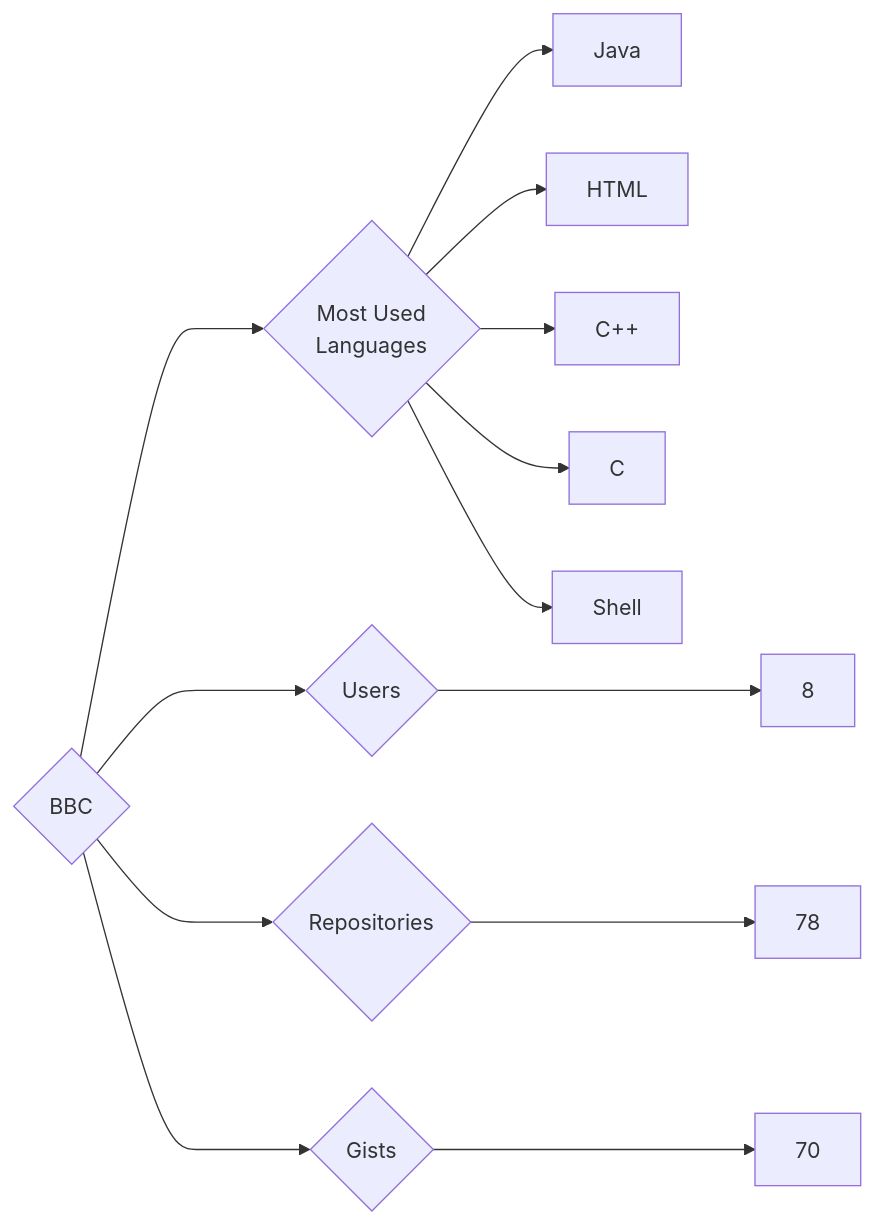
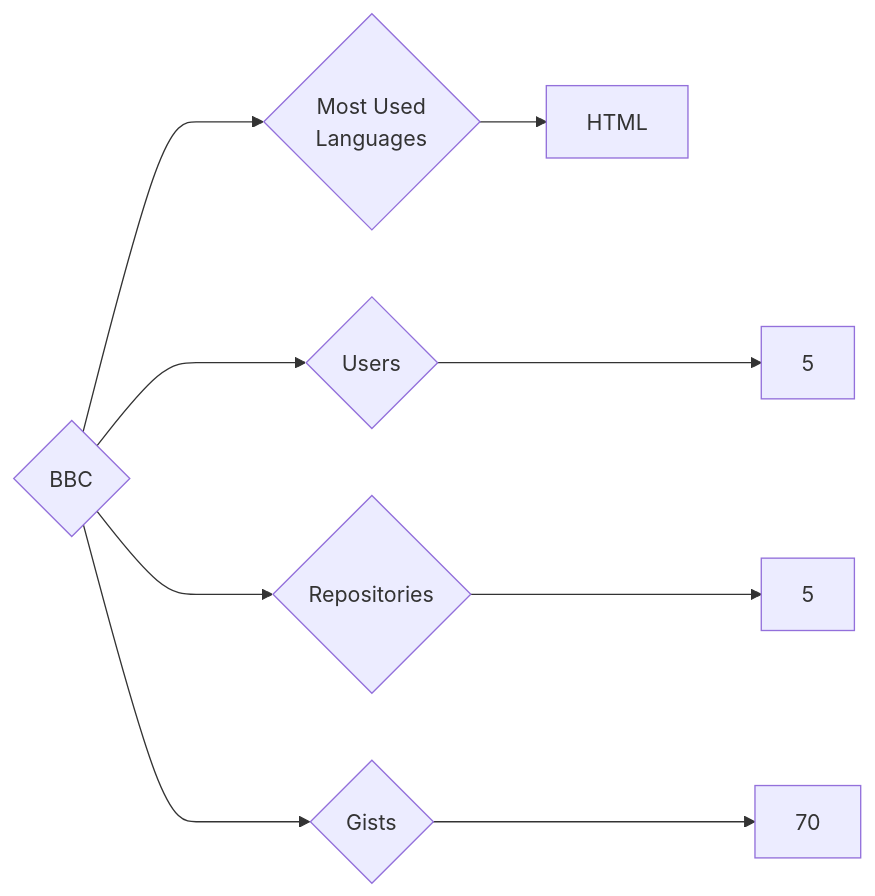
Before and after one commit to trickest/insiders: the diagram in targets/BBC/README.md, drawn with Mermaid. The commit also changed 865 other files, not shown here.

````diff
--- a/targets/BBC/README.md
+++ b/targets/BBC/README.md
@@ -3,13 +3,9 @@
 ```mermaid
 graph LR
 COMPANY_NAME{BBC}
-COMPANY_NAME ---> U{Users} ---> UN[8]
-COMPANY_NAME ---> R{Repositories} ---> RN[78]
+COMPANY_NAME ---> U{Users} ---> UN[5]
+COMPANY_NAME ---> R{Repositories} ---> RN[5]
 COMPANY_NAME ---> G{Gists} ---> GN[70]
 COMPANY_NAME ---> ML{Most Used<br>Languages}
-ML --> Java[Java]
 ML --> HTML[HTML]
-ML --> C++[C++]
-ML --> C[C]
-ML --> Shell[Shell]
 ```
````
